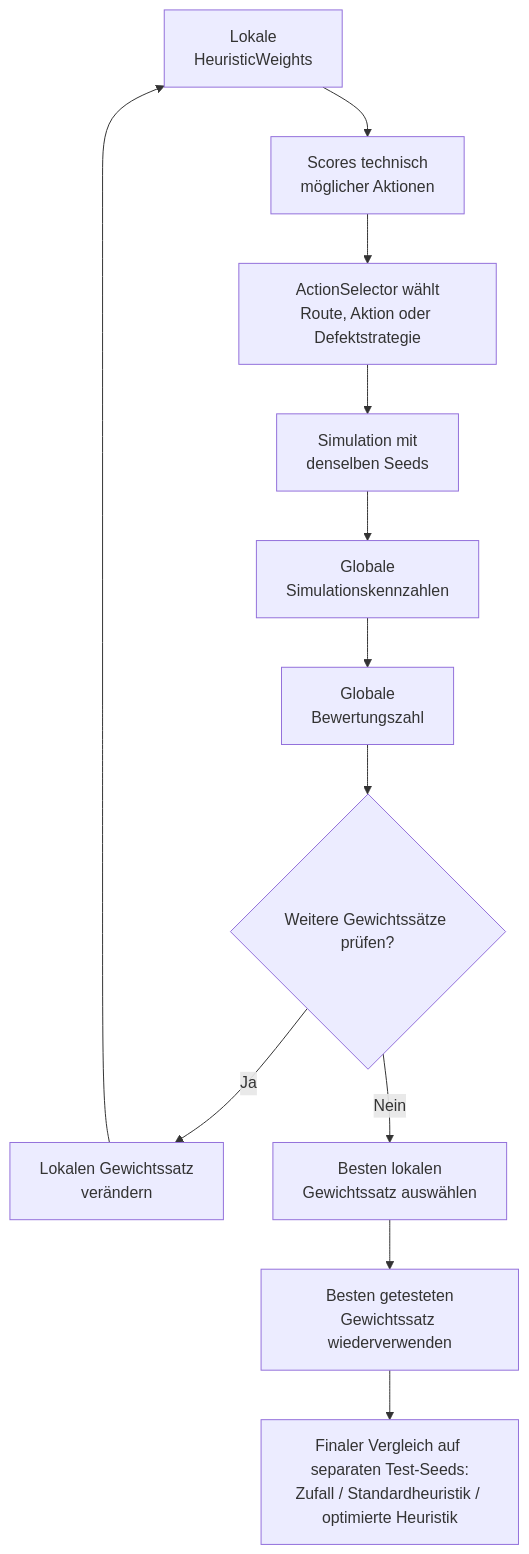
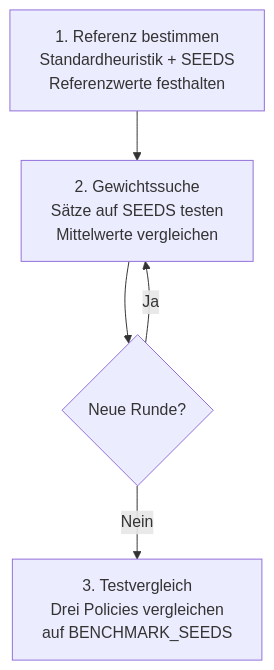
Diagram 13 of 14 in README.md (ghackenberg/SpineML), drawn with Mermaid before and after one commit. The commit also changed other lines of this file, not shown here.

Commit message:
Restructure optimization documentation with two complementary diagrams

````diff
--- a/README.md
+++ b/README.md
@@ -2039,14 +2056,8 @@
 ```mermaid
 flowchart TD
-    A[Lokale<br/>HeuristicWeights] --> B[Scores technisch<br/>möglicher Aktionen]
-    B --> C[ActionSelector wählt<br/>Route, Aktion oder Defektstrategie]
-    C --> D[Simulation mit<br/>denselben Seeds]
-    D --> E[Globale<br/>Simulationskennzahlen]
-    E --> F[Globale<br/>Bewertungszahl]
-    F --> G{Weitere Gewichtssätze prüfen?}
-    G -- Ja --> H[Lokalen Gewichtssatz<br/>verändern]
-    H --> A
-    G -- Nein --> I[Besten lokalen<br/>Gewichtssatz auswählen]
-    I --> J[Besten getesteten<br/>Gewichtssatz wiederverwenden]
-    J --> K[Finaler Vergleich auf separaten Test-Seeds:<br/>Zufall / Standardheuristik / optimierte Heuristik]
+    A["1. Referenz bestimmen<br/>Standardheuristik + SEEDS<br/>Referenzwerte festhalten"]
+    A --> B["2. Gewichtssuche<br/>Sätze auf SEEDS testen<br/>Mittelwerte vergleichen"]
+    B --> C{"Neue Runde?"}
+    C -- Ja --> B
+    C -- Nein --> D["3. Testvergleich<br/>Drei Policies vergleichen<br/>auf BENCHMARK_SEEDS"]
 ```
````
